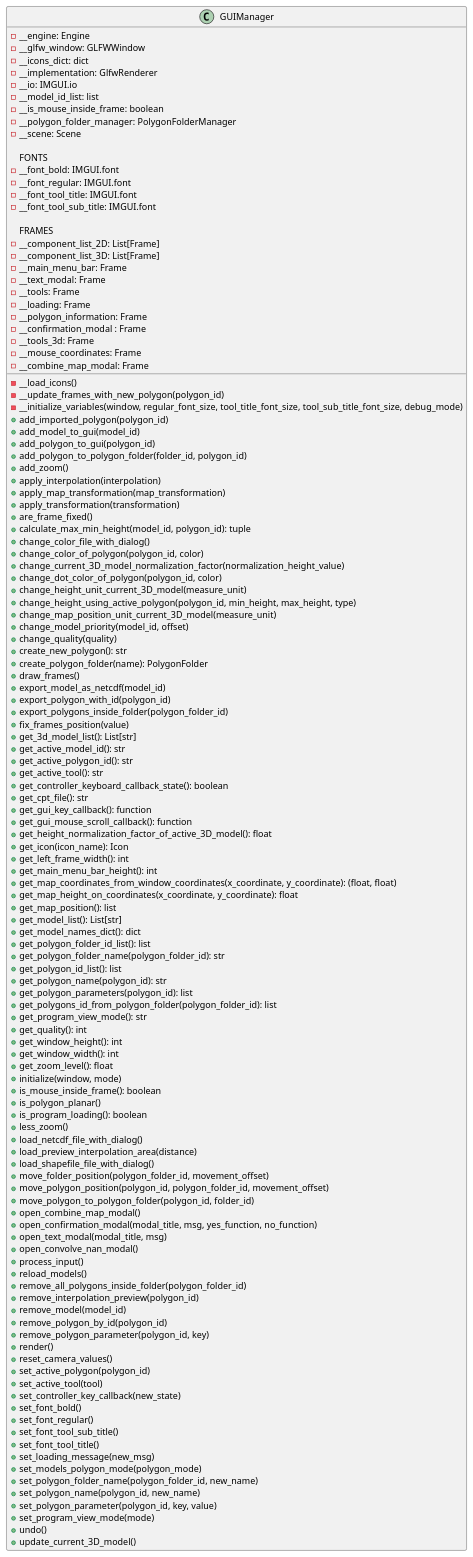
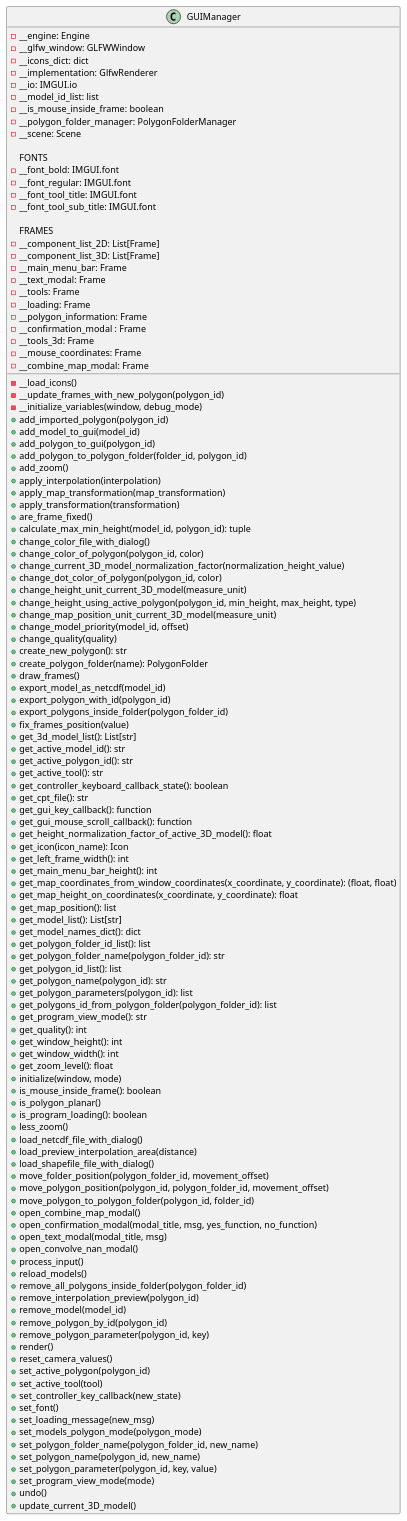
The diagram in docs/classes/GUIManager.puml (ferpoble2/Relief_Creator), drawn with PlantUML before and after one commit. The commit also changed 15 other files, not shown here.

```diff
--- a/docs/classes/GUIManager.puml
+++ b/docs/classes/GUIManager.puml
@@ -1,130 +1,127 @@
 @startuml
 'https://plantuml.com/class-diagram
 class GUIManager{
     - __engine: Engine
     - __glfw_window: GLFWWindow
     - __icons_dict: dict
     - __implementation: GlfwRenderer
     - __io: IMGUI.io
     - __model_id_list: list
     - __is_mouse_inside_frame: boolean
     - __polygon_folder_manager: PolygonFolderManager
     - __scene: Scene
 
     FONTS
     - __font_bold: IMGUI.font
     - __font_regular: IMGUI.font
     - __font_tool_title: IMGUI.font
     - __font_tool_sub_title: IMGUI.font
 
     FRAMES
     - __component_list_2D: List[Frame]
     - __component_list_3D: List[Frame]
     - __main_menu_bar: Frame
     - __text_modal: Frame
     - __tools: Frame
     - __loading: Frame
     - __polygon_information: Frame
     - __confirmation_modal : Frame
     - __tools_3d: Frame
     - __mouse_coordinates: Frame
     - __combine_map_modal: Frame
 
     - __load_icons()
     - __update_frames_with_new_polygon(polygon_id)
-    - __initialize_variables(window, regular_font_size, tool_title_font_size, tool_sub_title_font_size, debug_mode)
+    - __initialize_variables(window, debug_mode)
     + add_imported_polygon(polygon_id)
     + add_model_to_gui(model_id)
     + add_polygon_to_gui(polygon_id)
     + add_polygon_to_polygon_folder(folder_id, polygon_id)
     + add_zoom()
     + apply_interpolation(interpolation)
     + apply_map_transformation(map_transformation)
     + apply_transformation(transformation)
     + are_frame_fixed()
     + calculate_max_min_height(model_id, polygon_id): tuple
     + change_color_file_with_dialog()
     + change_color_of_polygon(polygon_id, color)
     + change_current_3D_model_normalization_factor(normalization_height_value)
     + change_dot_color_of_polygon(polygon_id, color)
     + change_height_unit_current_3D_model(measure_unit)
     + change_height_using_active_polygon(polygon_id, min_height, max_height, type)
     + change_map_position_unit_current_3D_model(measure_unit)
     + change_model_priority(model_id, offset)
     + change_quality(quality)
     + create_new_polygon(): str
     + create_polygon_folder(name): PolygonFolder
     + draw_frames()
     + export_model_as_netcdf(model_id)
     + export_polygon_with_id(polygon_id)
     + export_polygons_inside_folder(polygon_folder_id)
     + fix_frames_position(value)
     + get_3d_model_list(): List[str]
     + get_active_model_id(): str
     + get_active_polygon_id(): str
     + get_active_tool(): str
     + get_controller_keyboard_callback_state(): boolean
     + get_cpt_file(): str
     + get_gui_key_callback(): function
     + get_gui_mouse_scroll_callback(): function
     + get_height_normalization_factor_of_active_3D_model(): float
     + get_icon(icon_name): Icon
     + get_left_frame_width(): int
     + get_main_menu_bar_height(): int
     + get_map_coordinates_from_window_coordinates(x_coordinate, y_coordinate): (float, float)
     + get_map_height_on_coordinates(x_coordinate, y_coordinate): float
     + get_map_position(): list
     + get_model_list(): List[str]
     + get_model_names_dict(): dict
     + get_polygon_folder_id_list(): list
     + get_polygon_folder_name(polygon_folder_id): str
     + get_polygon_id_list(): list
     + get_polygon_name(polygon_id): str
     + get_polygon_parameters(polygon_id): list
     + get_polygons_id_from_polygon_folder(polygon_folder_id): list
     + get_program_view_mode(): str
     + get_quality(): int
     + get_window_height(): int
     + get_window_width(): int
     + get_zoom_level(): float
     + initialize(window, mode)
     + is_mouse_inside_frame(): boolean
     + is_polygon_planar()
     + is_program_loading(): boolean
     + less_zoom()
     + load_netcdf_file_with_dialog()
     + load_preview_interpolation_area(distance)
     + load_shapefile_file_with_dialog()
     + move_folder_position(polygon_folder_id, movement_offset)
     + move_polygon_position(polygon_id, polygon_folder_id, movement_offset)
     + move_polygon_to_polygon_folder(polygon_id, folder_id)
     + open_combine_map_modal()
     + open_confirmation_modal(modal_title, msg, yes_function, no_function)
     + open_text_modal(modal_title, msg)
     + open_convolve_nan_modal()
     + process_input()
     + reload_models()
     + remove_all_polygons_inside_folder(polygon_folder_id)
     + remove_interpolation_preview(polygon_id)
     + remove_model(model_id)
     + remove_polygon_by_id(polygon_id)
     + remove_polygon_parameter(polygon_id, key)
     + render()
     + reset_camera_values()
     + set_active_polygon(polygon_id)
     + set_active_tool(tool)
     + set_controller_key_callback(new_state)
-    + set_font_bold()
-    + set_font_regular()
-    + set_font_tool_sub_title()
-    + set_font_tool_title()
+    + set_font()
     + set_loading_message(new_msg)
     + set_models_polygon_mode(polygon_mode)
     + set_polygon_folder_name(polygon_folder_id, new_name)
     + set_polygon_name(polygon_id, new_name)
     + set_polygon_parameter(polygon_id, key, value)
     + set_program_view_mode(mode)
     + undo()
     + update_current_3D_model()
 }
 @enduml
```
